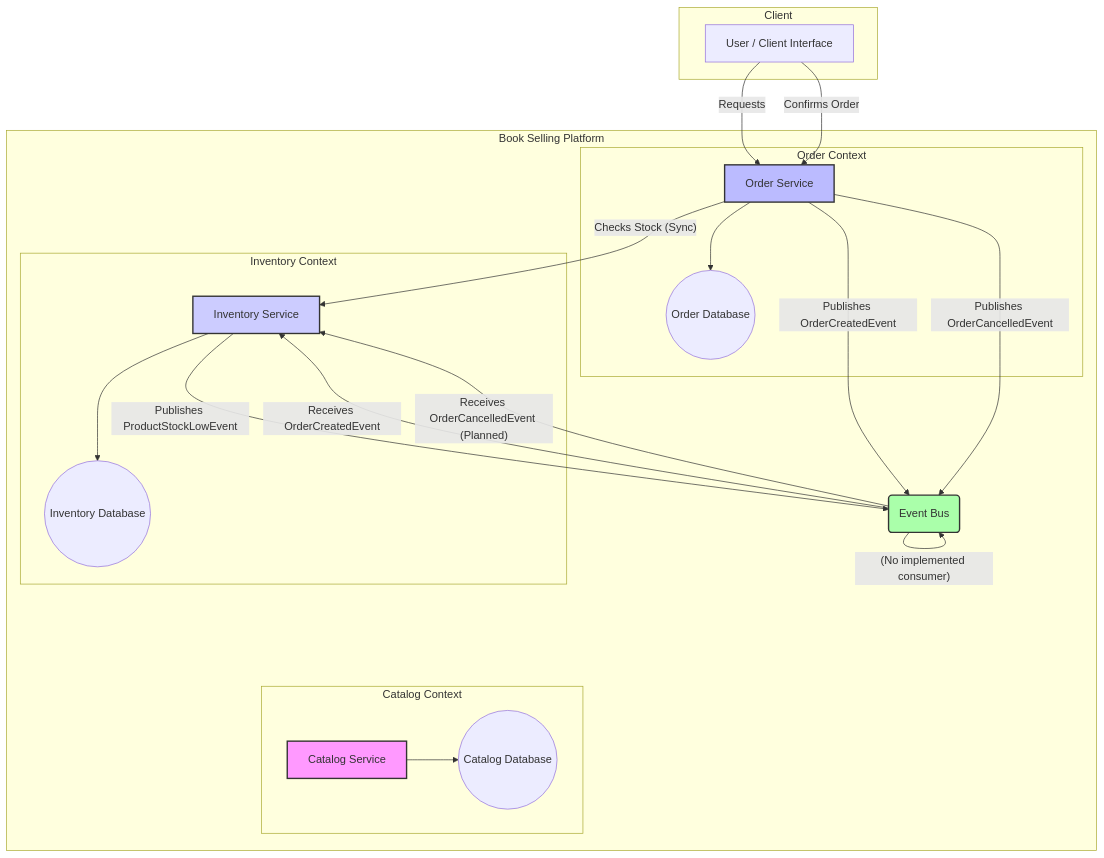
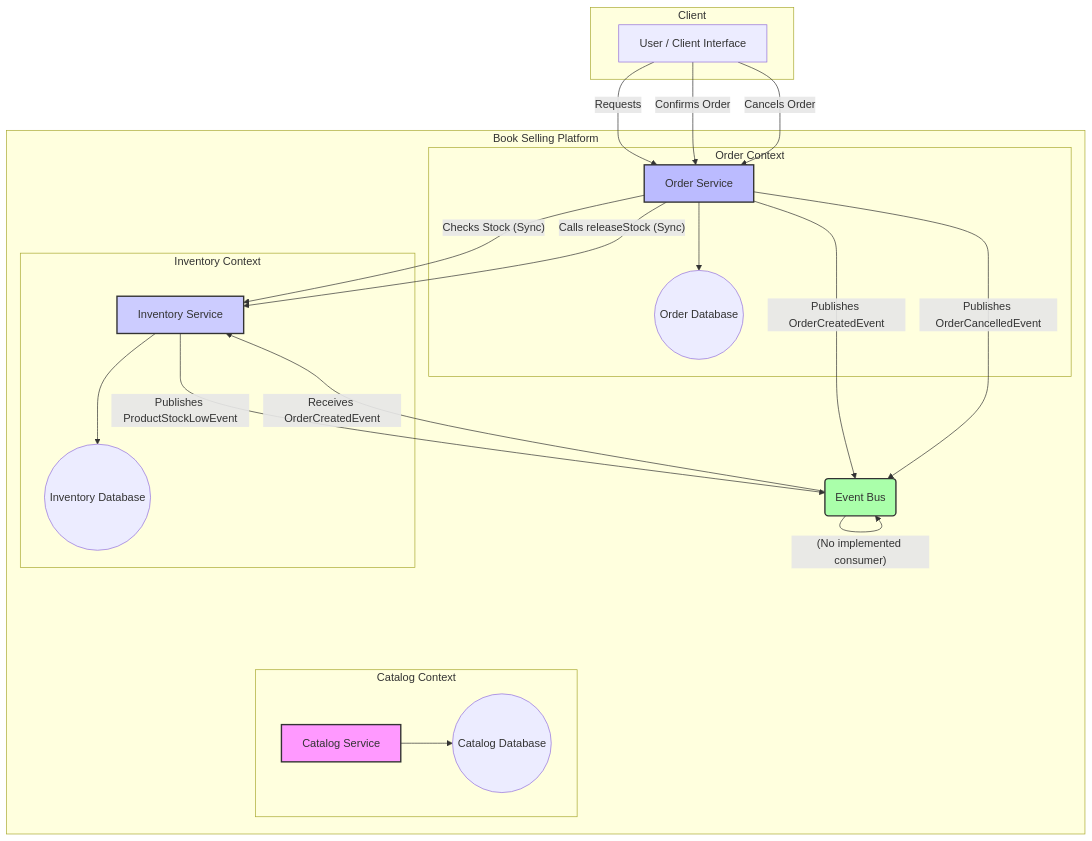
The diagram in ddd-bdd-tdd/architecture.mermaid (bmeurant/tests-trainings-demos), drawn with Mermaid before and after one commit. The commit also changed 16 other files, not shown here.

```diff
--- a/ddd-bdd-tdd/architecture.mermaid
+++ b/ddd-bdd-tdd/architecture.mermaid
@@ -1,42 +1,43 @@
 ---
 config:
   layout: dagre
 ---
 flowchart TD
     subgraph Client["Client"]
         A["User / Client Interface"]
     end
     subgraph subGraph1["Catalog Context"]
         CatalogService["Catalog Service"]
         CatalogDB(("Catalog Database"))
     end
     subgraph subGraph2["Order Context"]
         OrderService["Order Service"]
         OrderDB(("Order Database"))
     end
     subgraph subGraph3["Inventory Context"]
         InventoryService["Inventory Service"]
         InventoryDB(("Inventory Database"))
     end
     subgraph subGraph4["Book Selling Platform"]
         subGraph1
         subGraph2
         subGraph3
         EventBus("Event Bus")
     end
     CatalogService --> CatalogDB
     OrderService --> OrderDB
     InventoryService --> InventoryDB
     A -- Requests --> OrderService
     OrderService -- Checks Stock (Sync) --> InventoryService
     A -- Confirms Order --> OrderService
+    A -- Cancels Order --> OrderService
     OrderService -- Publishes OrderCreatedEvent --> EventBus
+    OrderService -- Publishes OrderCancelledEvent --> EventBus
     EventBus -- Receives OrderCreatedEvent --> InventoryService
-    OrderService -- Publishes OrderCancelledEvent --> EventBus
-    EventBus -- Receives OrderCancelledEvent (Planned) --> InventoryService
+    OrderService -- Calls releaseStock (Sync) --> InventoryService
     InventoryService -- Publishes ProductStockLowEvent --> EventBus
     EventBus -- (No implemented consumer) --> EventBus
 style CatalogService fill:#f9f,stroke:#333,stroke-width:2px
 style OrderService fill:#bbf,stroke:#333,stroke-width:2px
 style InventoryService fill:#ccf,stroke:#333,stroke-width:2px
 style EventBus fill:#afa,stroke:#333,stroke-width:2px
```
